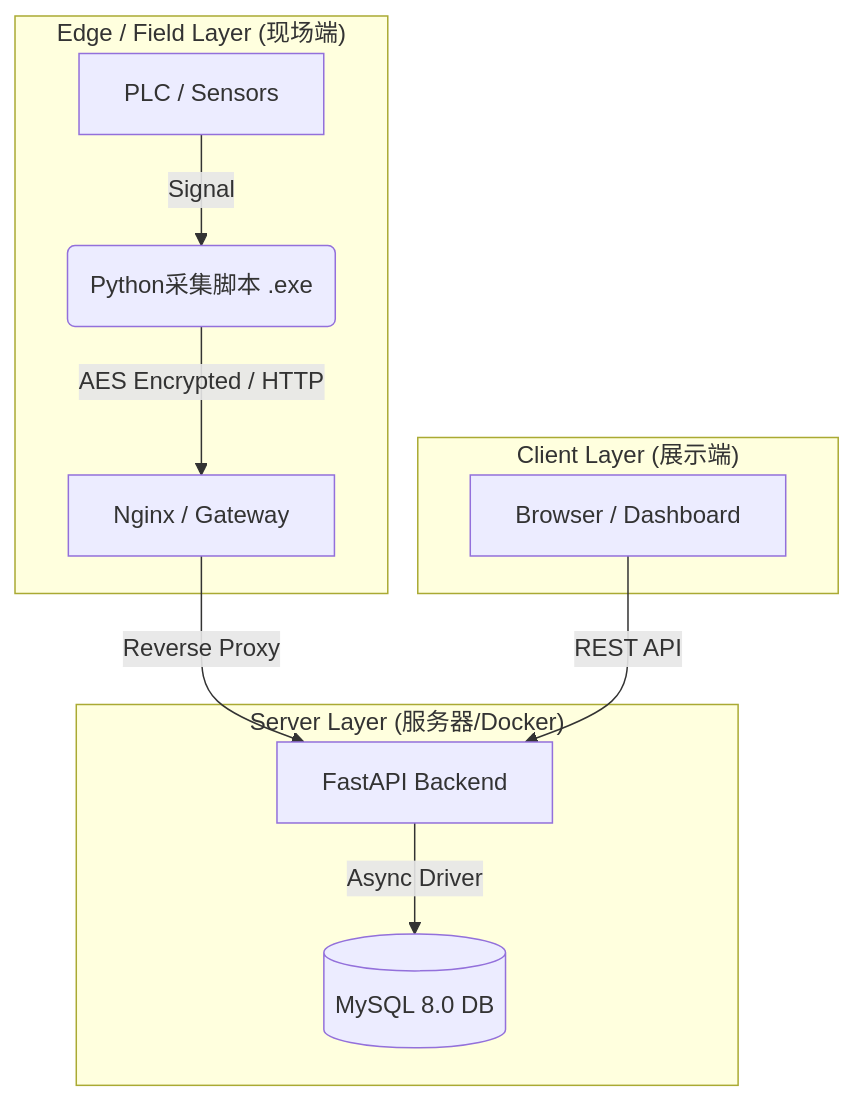
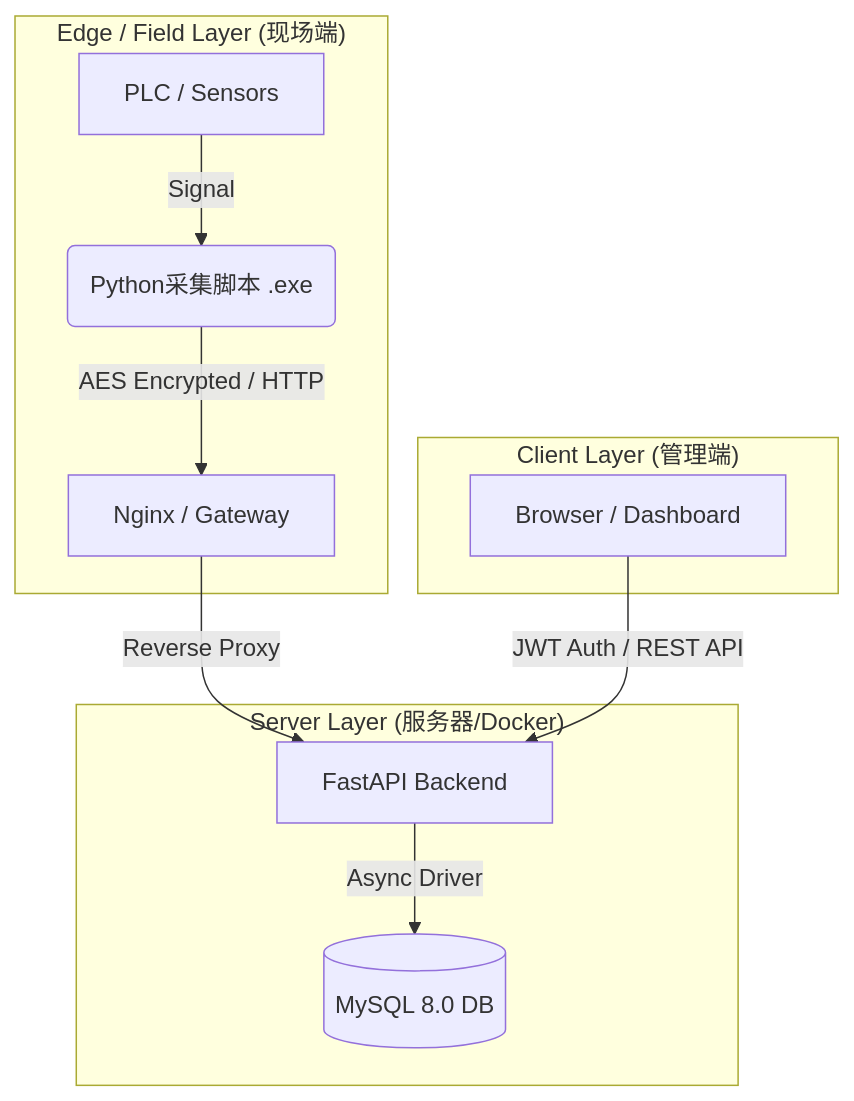
Before and after one commit to Run-HaJi/Mini-MES: the diagram in README.md, drawn with Mermaid. The commit also changed other lines of this file and 8 other files, not shown here.

````diff
--- a/README.md
+++ b/README.md
@@ -76,17 +91,17 @@
 ```mermaid
 graph TD
     subgraph "Edge / Field Layer (现场端)"
         A[PLC / Sensors] -->|Signal| B(Python采集脚本 .exe)
         B -->|AES Encrypted / HTTP| C[Nginx / Gateway]
     end
 
     subgraph "Server Layer (服务器/Docker)"
         C -->|Reverse Proxy| D[FastAPI Backend]
         D -->|Async Driver| E[(MySQL 8.0 DB)]
     end
 
-    subgraph "Client Layer (展示端)"
-        F[Browser / Dashboard] -->|REST API| D
+    subgraph "Client Layer (管理端)"
+        F[Browser / Dashboard] -->|JWT Auth / REST API| D
     end
 
 ```
````
